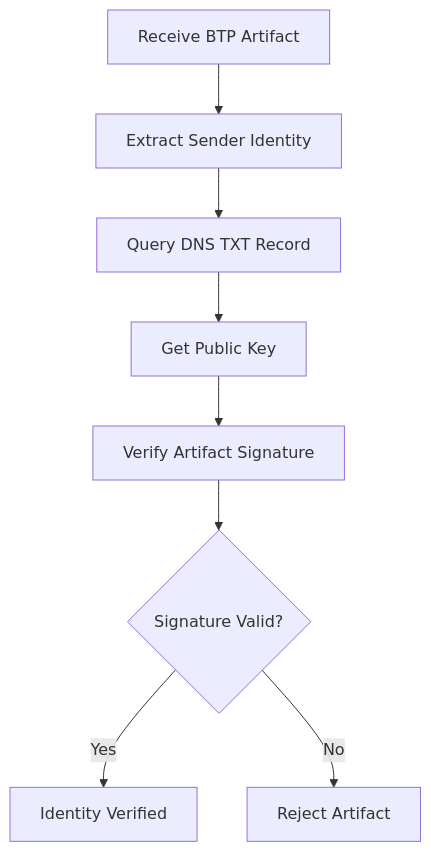
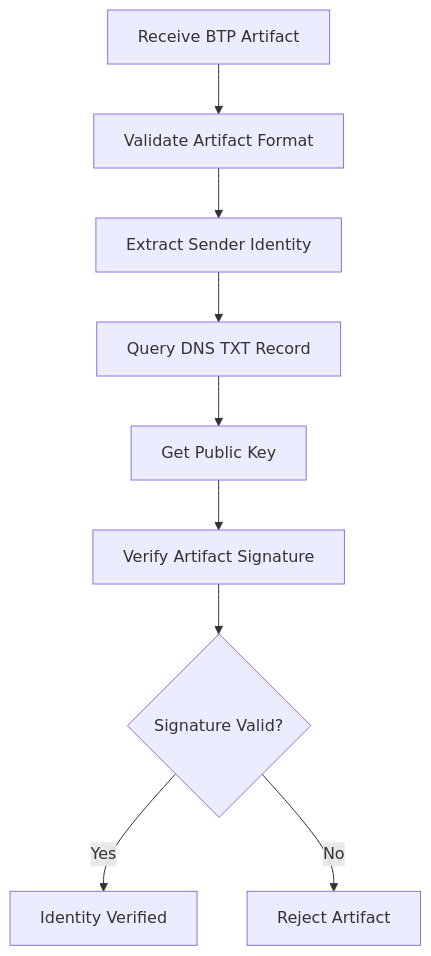
Before and after one commit to openbtps/btps-node: the fifth of 7 diagrams in docs/docusaurus/docs/protocol/messageFlow.md, drawn with Mermaid. The commit also changed other lines of this file and 28 other files, not shown here.

````diff
--- a/docs/docusaurus/docs/protocol/messageFlow.md
+++ b/docs/docusaurus/docs/protocol/messageFlow.md
@@ -240,10 +243,11 @@
 ```mermaid
 graph TD
-    A[Receive BTP Artifact] --> B[Extract Sender Identity]
-    B --> C[Query DNS TXT Record]
-    C --> D[Get Public Key]
-    D --> E[Verify Artifact Signature]
-    E --> F{Signature Valid?}
-    F -->|Yes| G[Identity Verified]
-    F -->|No| H[Reject Artifact]
+    A[Receive BTP Artifact] --> B[Validate Artifact Format]
+    B --> C[Extract Sender Identity]
+    C --> D[Query DNS TXT Record]
+    D --> E[Get Public Key]
+    E --> F[Verify Artifact Signature]
+    F --> G{Signature Valid?}
+    G -->|Yes| H[Identity Verified]
+    G -->|No| I[Reject Artifact]
 ```
````
